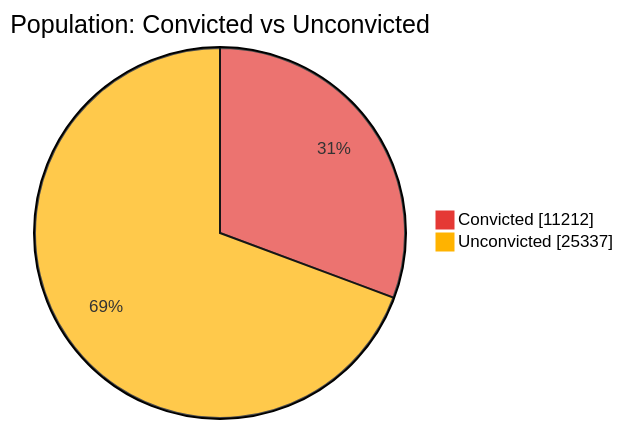
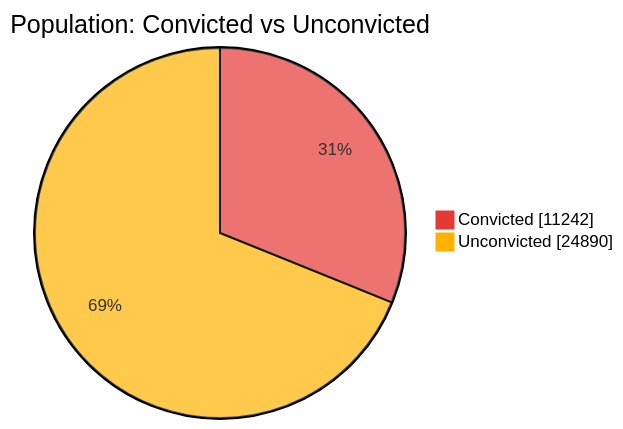
The first of 7 diagrams in README.md (nuuuwan/lk_prisons), drawn with Mermaid before and after one commit. The commit also changed other lines of this file and 1 other file, not shown here.

````diff
--- a/README.md
+++ b/README.md
@@ -43,6 +43,6 @@
 ```mermaid
 %%{init: {'themeVariables': {'pie1': '#E53935', 'pie2': '#FFB300'}}}%%
 pie showData title Population: Convicted vs Unconvicted
-    "Convicted" : 11212
-    "Unconvicted" : 25337
+    "Convicted" : 11242
+    "Unconvicted" : 24890
 ```
````
